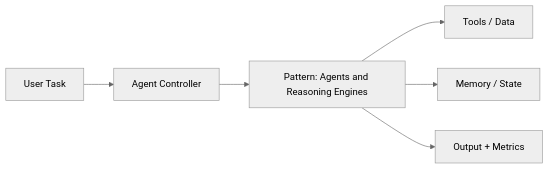
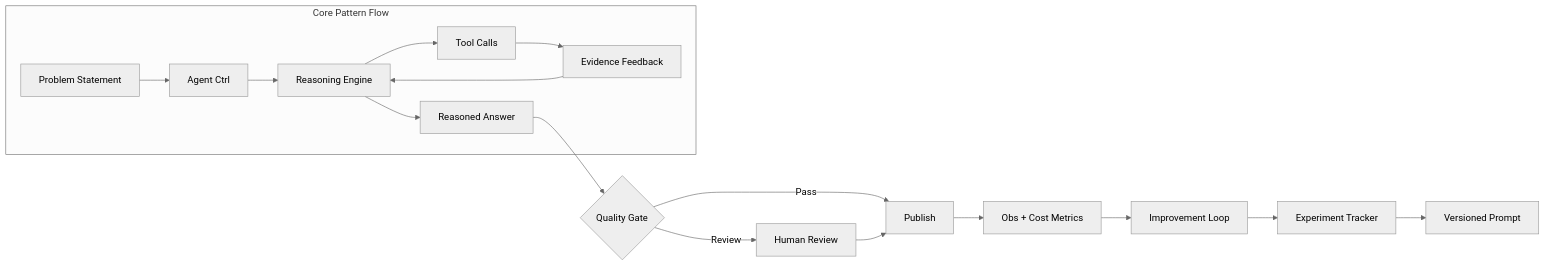
One commit to vivekreeves/agentic-design-patterns-lab changed the diagram in notebooks/level_05_advanced_patterns_and_engineering/27_agents_reasoning_engines_architecture.md. Above: the diagram before and after it, drawn with Mermaid (neutral theme). The commit also changed 71 other files, not shown here.

````diff
--- a/notebooks/level_05_advanced_patterns_and_engineering/27_agents_reasoning_engines_architecture.md
+++ b/notebooks/level_05_advanced_patterns_and_engineering/27_agents_reasoning_engines_architecture.md
@@ -5,8 +5,19 @@
 ```mermaid
 flowchart LR
-  Q[User Task] --> A[Agent Controller]
-  A --> P[Pattern: Agents and Reasoning Engines]
-  P --> T[Tools / Data]
-  P --> M[Memory / State]
-  P --> O[Output + Metrics]
+  subgraph CoreFlow[Core Pattern Flow]
+    Q[Problem Statement] --> CTRL[Agent Ctrl]
+    CTRL --> ENG[Reasoning Engine]
+    ENG --> TC[Tool Calls]
+    TC --> FB[Evidence Feedback]
+    FB --> ENG
+    ENG --> O[Reasoned Answer]
+  end
+  O --> QG{Quality Gate}
+  QG -->|Pass| PUB[Publish]
+  QG -->|Review| HREV[Human Review]
+  HREV --> PUB
+  PUB --> OBS[Obs + Cost Metrics]
+  OBS --> LOOP[Improvement Loop]
+  LOOP --> EXP[Experiment Tracker]
+  EXP --> VER[Versioned Prompt]
 ```
````
